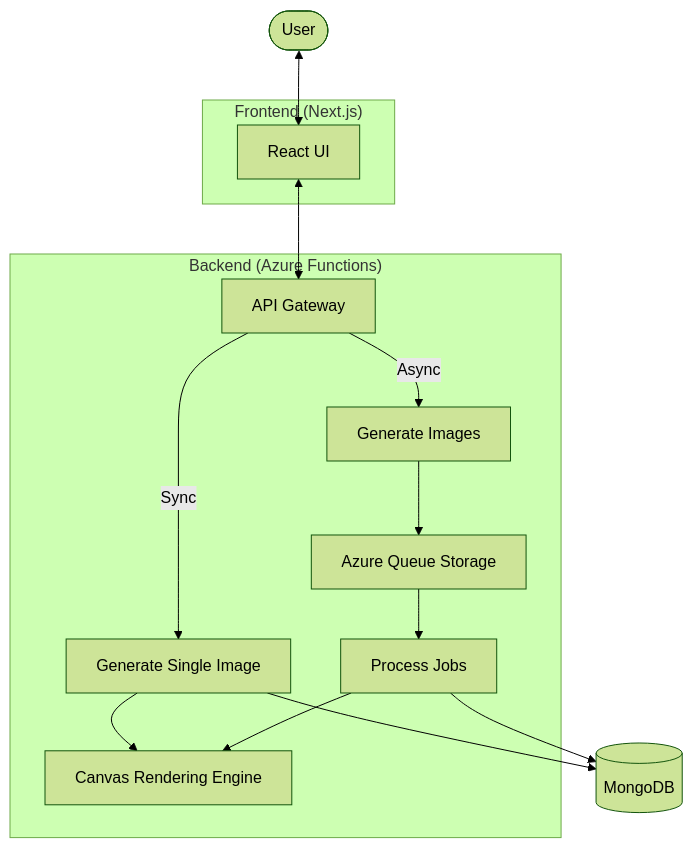
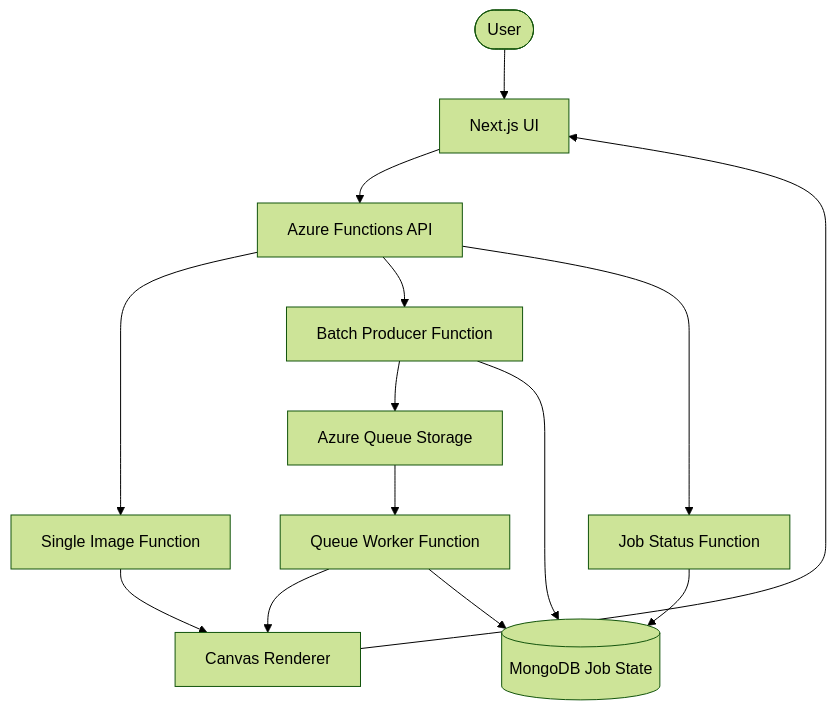
Before and after one commit to victoriacheng15/cover-craft: the diagram in README.md, drawn with Mermaid (forest theme). The commit also changed other lines of this file, not shown here.

````diff
--- a/README.md
+++ b/README.md
@@ -121,31 +34,27 @@
 ```mermaid
 graph TD
     User([User])
-    subgraph "Frontend (Next.js)"
-        UI[React UI]
-    end
+    UI[Next.js UI]
+    API[Azure Functions API]
+    Single[Single Image Function]
+    Batch[Batch Producer Function]
+    Status[Job Status Function]
+    Queue[Azure Queue Storage]
+    Worker[Queue Worker Function]
+    Render[Canvas Renderer]
+    DB[(MongoDB Job State)]
 
-    subgraph "Backend (Azure Functions)"
-        Gateway[API Gateway]
-        Single[Generate Single Image]
-        Bulk[Generate Images]
-        Render[Canvas Rendering Engine]
-        Queue[Azure Queue Storage]
-        Worker[Process Jobs]
-    end
-
-    DB[(MongoDB)]
-
-    User <--> UI
-    UI <--> Gateway
-
-    Gateway -- "Sync" --> Single
+    User --> UI
+    UI --> API
+    API --> Single
     Single --> Render
-    Single --> DB
-
-    Gateway -- "Async" --> Bulk
-    Bulk --> Queue
+    Render --> UI
+    API --> Batch
+    API --> Status
+    Batch --> Queue
+    Batch --> DB
+    Status --> DB
     Queue --> Worker
     Worker --> Render
     Worker --> DB
 ```
````
